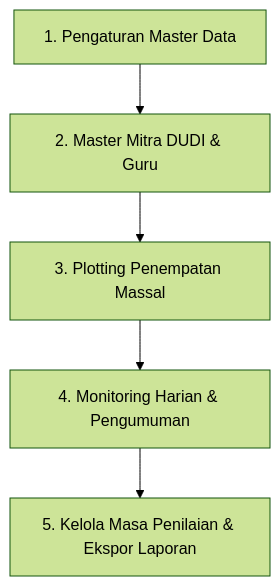
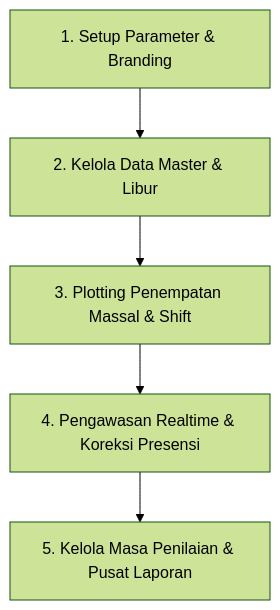
One commit to luphihart/pklku changed the second of 4 diagrams in alur kerja.md. Above: the diagram before and after it, drawn with Mermaid (forest theme). The commit also changed other lines of this file and 1 other file, not shown here.

````diff
--- a/alur kerja.md
+++ b/alur kerja.md
@@ -40,7 +45,7 @@
 ```mermaid
 flowchart TD
-    A1[1. Pengaturan Master Data] --> A2[2. Master Mitra DUDI & Guru]
-    A2 --> A3[3. Plotting Penempatan Massal]
-    A3 --> A4[4. Monitoring Harian & Pengumuman]
-    A4 --> A5[5. Kelola Masa Penilaian & Ekspor Laporan]
+    A1[1. Setup Parameter & Branding] --> A2[2. Kelola Data Master & Libur]
+    A2 --> A3[3. Plotting Penempatan Massal & Shift]
+    A3 --> A4[4. Pengawasan Realtime & Koreksi Presensi]
+    A4 --> A5[5. Kelola Masa Penilaian & Pusat Laporan]
 ```
````
